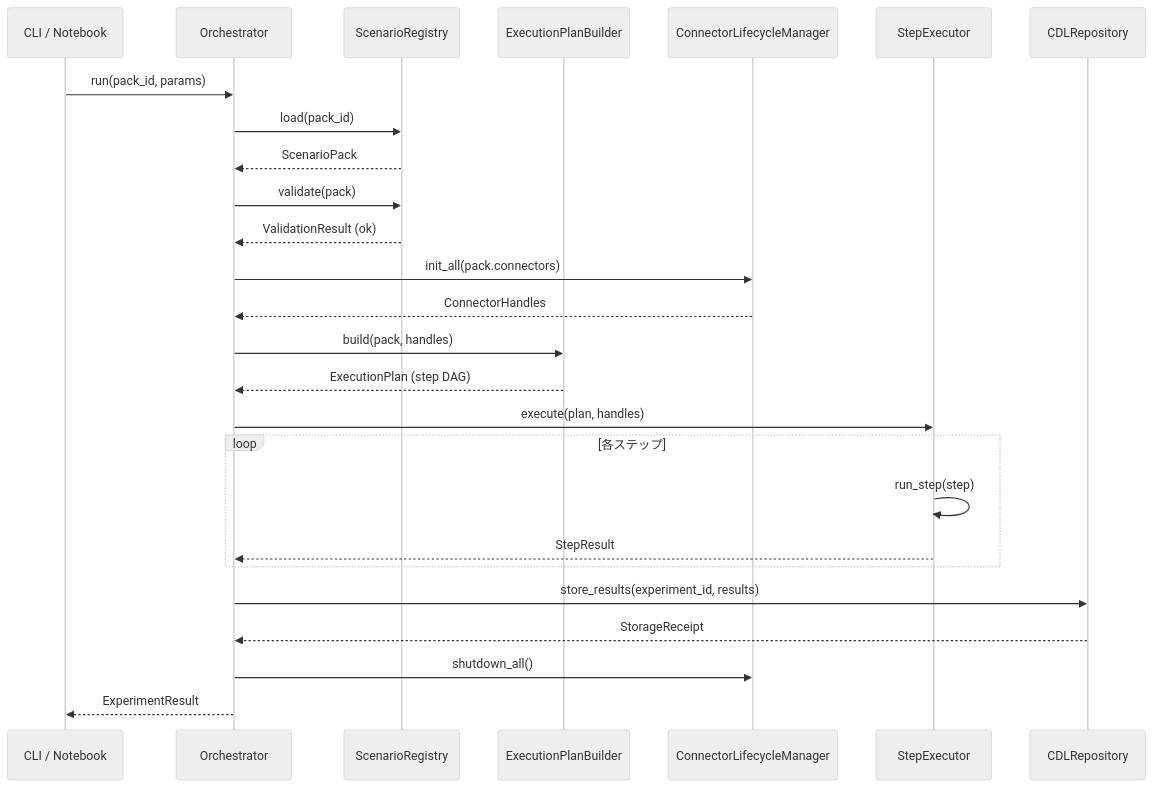
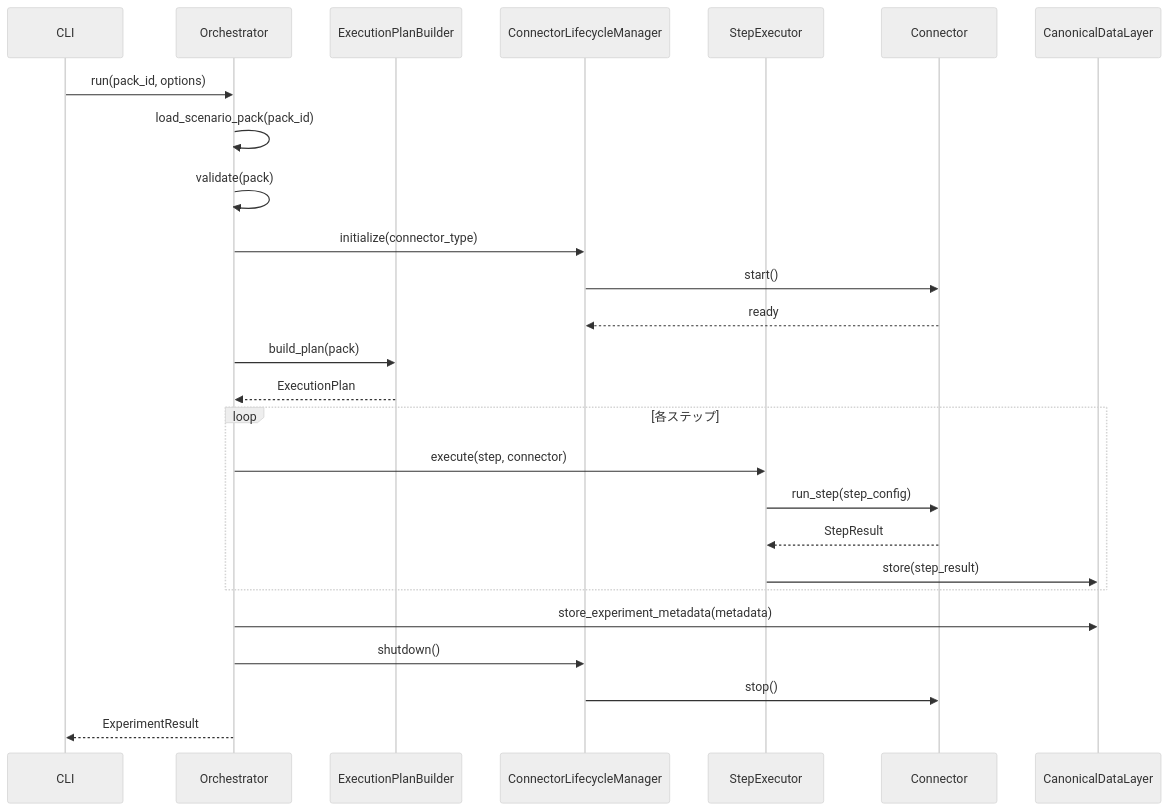
Before and after one commit to bottlenome/gridflow: the first of 4 diagrams in docs/basic_design/03_function_design.md, drawn with Mermaid (neutral theme). The commit also changed other lines of this file and 1 other file, not shown here.

First line of the commit message:
docs: enhance function design (ch3) and CLI design (ch4) with details

````diff
--- a/docs/basic_design/03_function_design.md
+++ b/docs/basic_design/03_function_design.md
@@ -117,33 +148,33 @@
 ```mermaid
 sequenceDiagram
-    participant CLI as CLI / Notebook
-    participant O as Orchestrator
-    participant SR as ScenarioRegistry
+    participant CLI
+    participant Orch as Orchestrator
     participant EPB as ExecutionPlanBuilder
     participant CLM as ConnectorLifecycleManager
     participant SE as StepExecutor
-    participant CDL as CDLRepository
+    participant Conn as Connector
+    participant CDL as CanonicalDataLayer
 
-    CLI->>O: run(pack_id, params)
-    O->>SR: load(pack_id)
-    SR-->>O: ScenarioPack
-    O->>SR: validate(pack)
-    SR-->>O: ValidationResult (ok)
+    CLI->>Orch: run(pack_id, options)
+    Orch->>Orch: load_scenario_pack(pack_id)
+    Orch->>Orch: validate(pack)
 
-    O->>CLM: init_all(pack.connectors)
-    CLM-->>O: ConnectorHandles
+    Orch->>CLM: initialize(connector_type)
+    CLM->>Conn: start()
+    Conn-->>CLM: ready
 
-    O->>EPB: build(pack, handles)
-    EPB-->>O: ExecutionPlan (step DAG)
+    Orch->>EPB: build_plan(pack)
+    EPB-->>Orch: ExecutionPlan
 
-    O->>SE: execute(plan, handles)
     loop 各ステップ
-        SE->>SE: run_step(step)
-        SE-->>O: StepResult
+        Orch->>SE: execute(step, connector)
+        SE->>Conn: run_step(step_config)
+        Conn-->>SE: StepResult
+        SE->>CDL: store(step_result)
     end
 
-    O->>CDL: store_results(experiment_id, results)
-    CDL-->>O: StorageReceipt
-    O->>CLM: shutdown_all()
-    O-->>CLI: ExperimentResult
+    Orch->>CDL: store_experiment_metadata(metadata)
+    Orch->>CLM: shutdown()
+    CLM->>Conn: stop()
+    Orch-->>CLI: ExperimentResult
 ```
````
